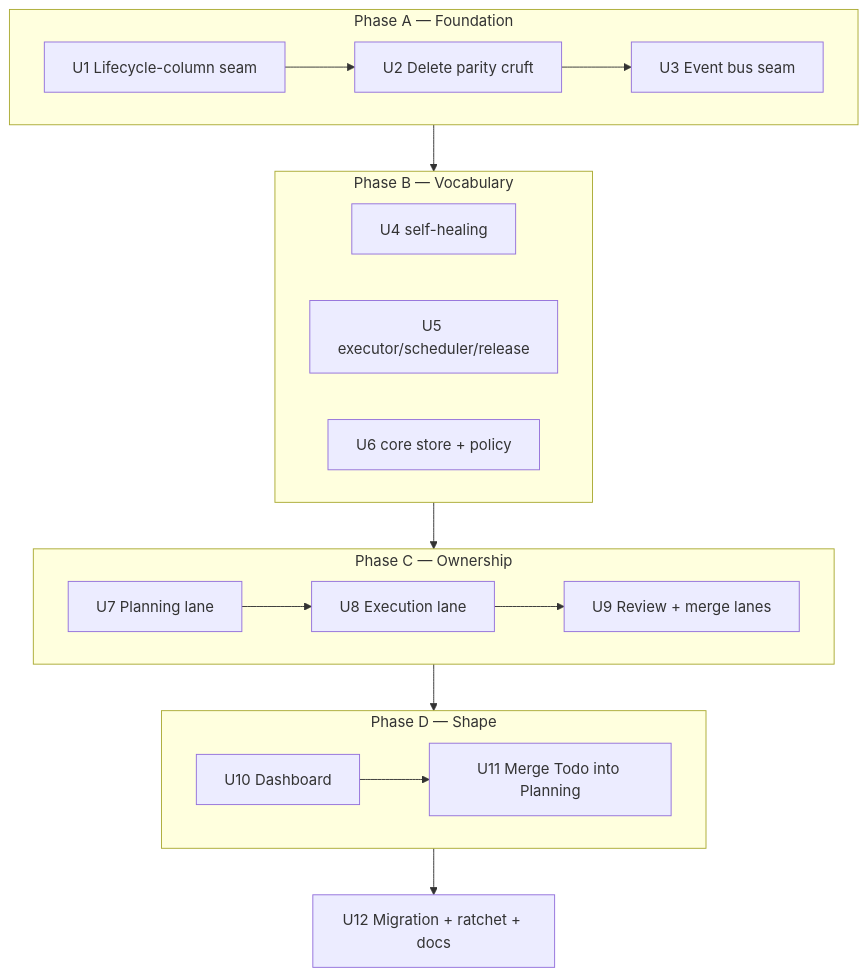
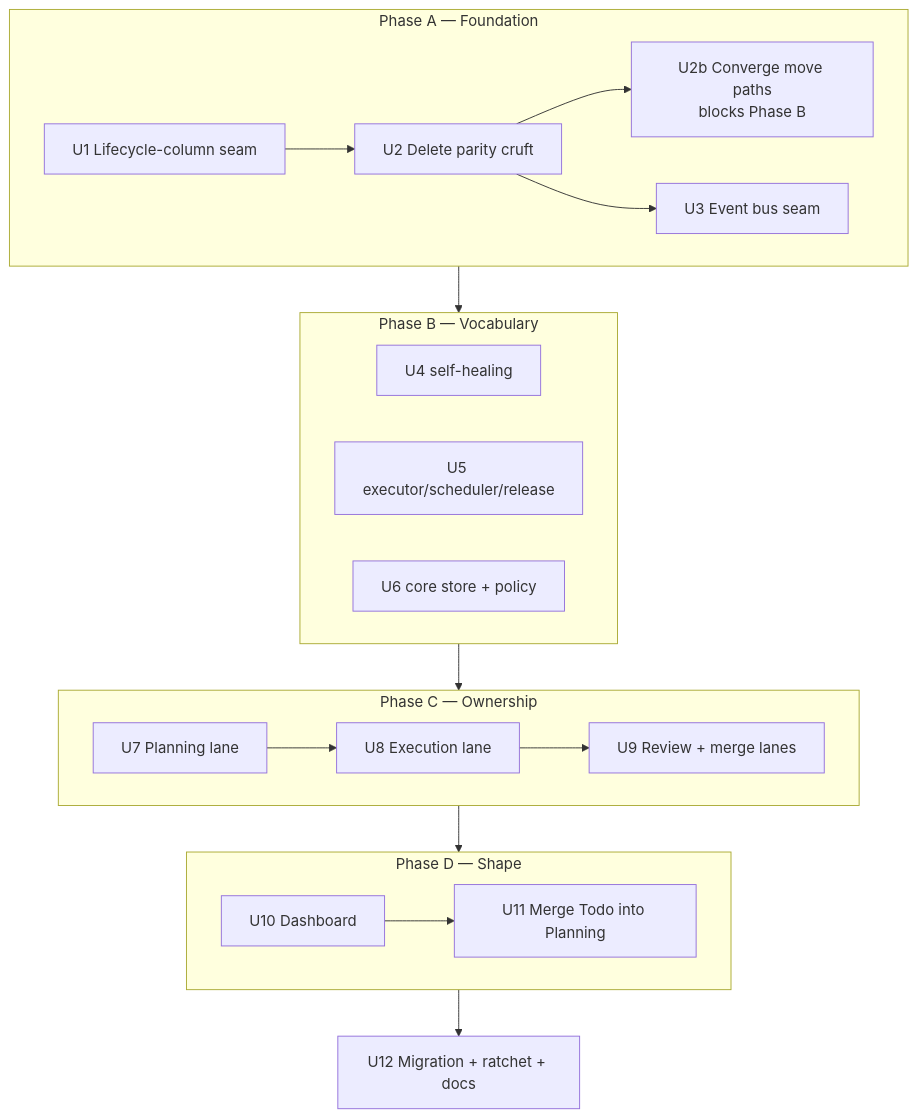
The third of 3 diagrams in docs/plans/2026-07-26-001-refactor-workflow-owned-lifecycle-plan.md (Runfusion/Fusion), drawn with Mermaid before and after one commit. The commit also changed other lines of this file, not shown here.

First line of the commit message:
docs: correct KTD-6 — the "flag-off" move path is live, the hooks path is dead

````diff
--- a/docs/plans/2026-07-26-001-refactor-workflow-owned-lifecycle-plan.md
+++ b/docs/plans/2026-07-26-001-refactor-workflow-owned-lifecycle-plan.md
@@ -185,17 +193,18 @@
 ```mermaid
 flowchart TD
     subgraph A["Phase A — Foundation"]
         U1[U1 Lifecycle-column seam] --> U2[U2 Delete parity cruft]
+        U2 --> U2b[U2b Converge move paths<br/>blocks Phase B]
         U2 --> U3[U3 Event bus seam]
     end
     subgraph B["Phase B — Vocabulary"]
         U4[U4 self-healing] & U5[U5 executor/scheduler/release] & U6[U6 core store + policy]
     end
     subgraph C["Phase C — Ownership"]
         U7[U7 Planning lane] --> U8[U8 Execution lane] --> U9[U9 Review + merge lanes]
     end
     subgraph D["Phase D — Shape"]
         U10[U10 Dashboard] --> U11[U11 Merge Todo into Planning]
     end
     A --> B --> C --> D --> U12[U12 Migration + ratchet + docs]
 ```
````
